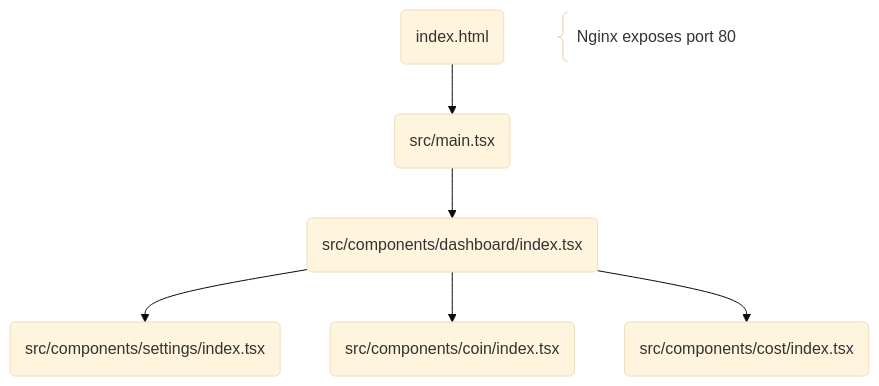
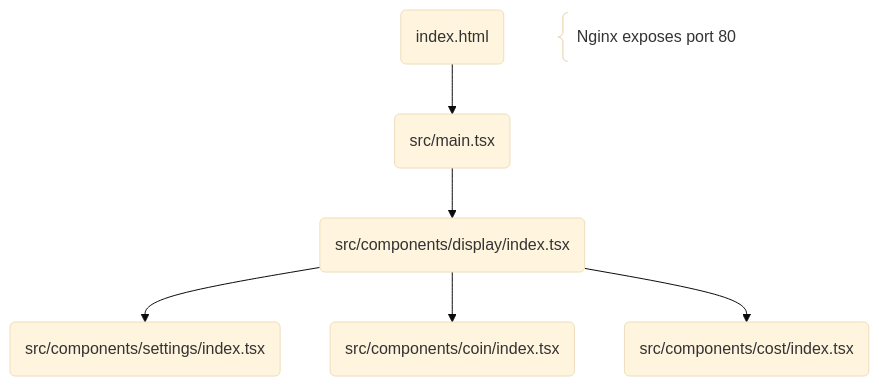
One commit to chump29/sober changed the second of 2 diagrams in docs/README.template.md. Above: the diagram before and after it, drawn with Mermaid (base theme). The commit also changed other lines of this file and 28 other files, not shown here.

````diff
--- a/docs/README.template.md
+++ b/docs/README.template.md
@@ -43,14 +43,14 @@
 ```mermaid
 flowchart TD
 index(index.html)
 main(src/main.tsx)
-dashboard(src/components/dashboard/index.tsx)
+display(src/components/display/index.tsx)
 settings(src/components/settings/index.tsx)
 coin(src/components/coin/index.tsx)
 cost(src/components/cost/index.tsx)
-index-->main-->dashboard
-dashboard-->settings
-dashboard-->coin
-dashboard-->cost
+index-->main-->display
+display-->settings
+display-->coin
+display-->cost
 port@{shape: comment, label: "&nbsp; Nginx exposes port 80"}
 ```
````
